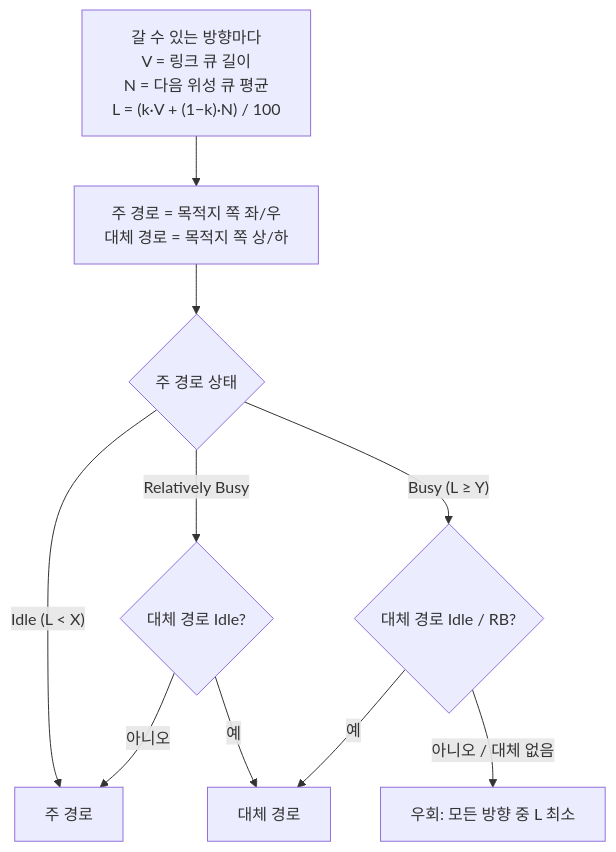
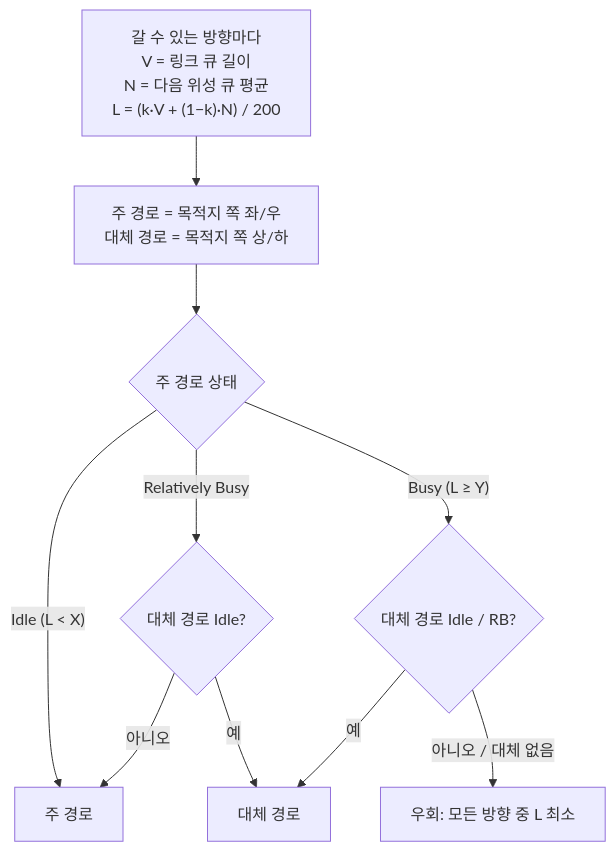
One commit to 26-2-capstone2/26-2capstone2 changed the third of 3 diagrams in flow.md. Above: the diagram before and after it, drawn with Mermaid. The commit also changed other lines of this file and 19 other files, not shown here.

````diff
--- a/flow.md
+++ b/flow.md
@@ -118,12 +118,12 @@
 ```mermaid
 flowchart TD
-    A["갈 수 있는 방향마다<br/>V = 링크 큐 길이<br/>N = 다음 위성 큐 평균<br/>L = (k·V + (1−k)·N) / 100"] --> B["주 경로 = 목적지 쪽 좌/우<br/>대체 경로 = 목적지 쪽 상/하"]
+    A["갈 수 있는 방향마다<br/>V = 링크 큐 길이<br/>N = 다음 위성 큐 평균<br/>L = (k·V + (1−k)·N) / 200"] --> B["주 경로 = 목적지 쪽 좌/우<br/>대체 경로 = 목적지 쪽 상/하"]
     B --> C{"주 경로 상태"}
     C -- "Idle (L < X)" --> P1["주 경로"]
     C -- "Relatively Busy" --> D{"대체 경로 Idle?"}
     D -- "예" --> P2["대체 경로"]
     D -- "아니오" --> P1
     C -- "Busy (L ≥ Y)" --> E{"대체 경로 Idle / RB?"}
     E -- "예" --> P2
     E -- "아니오 / 대체 없음" --> P3["우회: 모든 방향 중 L 최소"]
 ```
````
